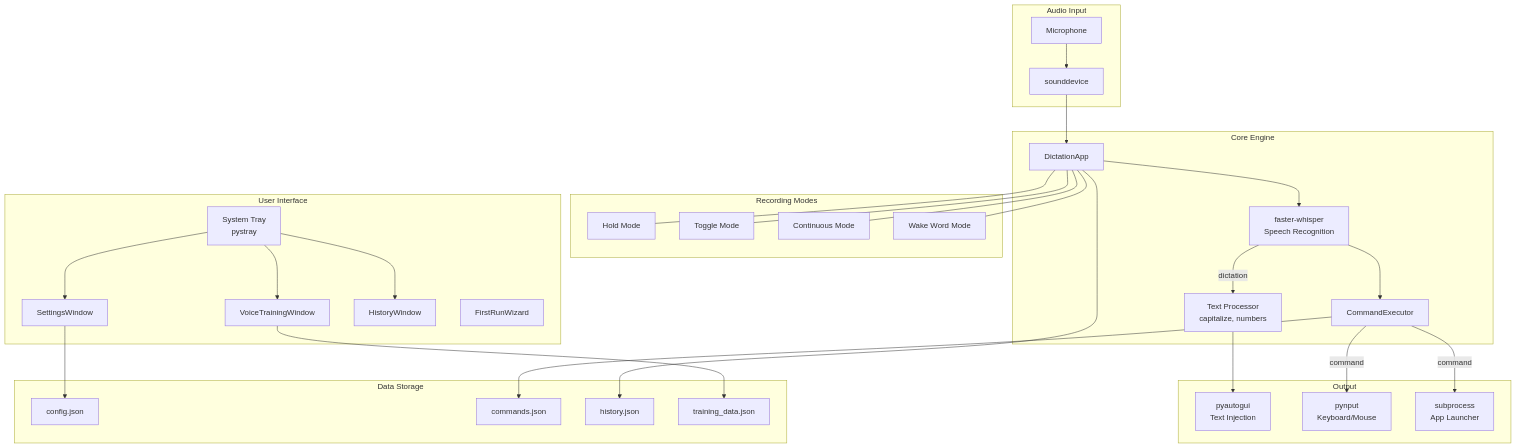
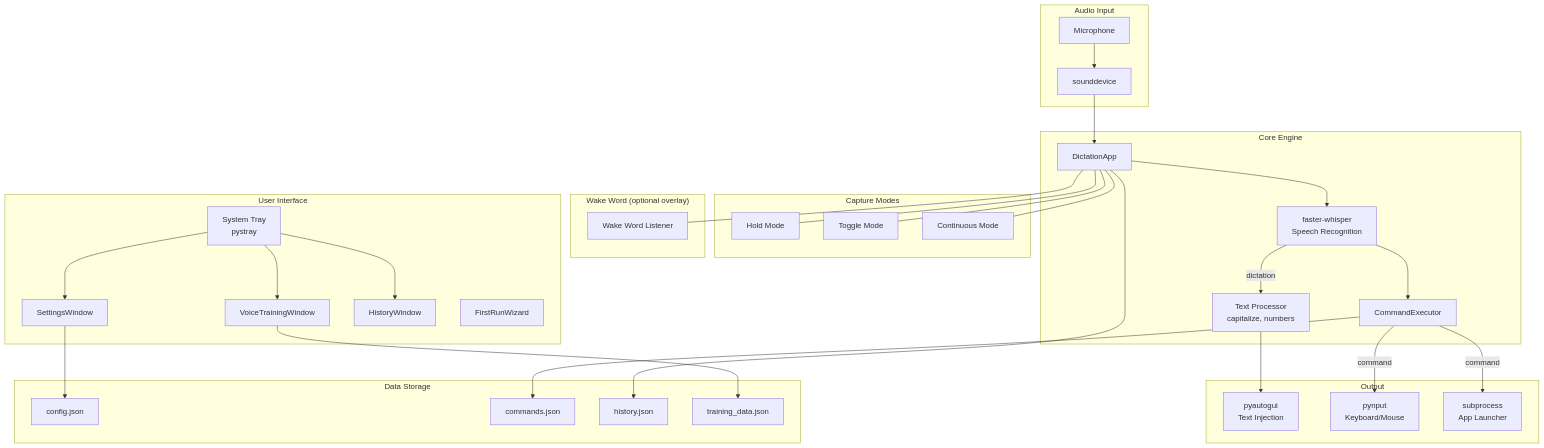
One commit to Morne-Ingstar/Samsara changed the diagram in Docs/ARCHITECTURE.md. Above: the diagram before and after it, drawn with Mermaid. The commit also changed other lines of this file and 8 other files, not shown here.

First line of the commit message:
feat(audio): dual sample rate architecture — WASAPI compatibility

````diff
--- a/Docs/ARCHITECTURE.md
+++ b/Docs/ARCHITECTURE.md
@@ -7,65 +7,68 @@
 ```mermaid
 flowchart TB
     subgraph Input["Audio Input"]
         MIC[Microphone]
         SD[sounddevice]
     end
 
     subgraph Core["Core Engine"]
         DA[DictationApp]
         WHISPER[faster-whisper<br/>Speech Recognition]
         CE[CommandExecutor]
         PROC[Text Processor<br/>capitalize, numbers]
     end
 
-    subgraph Modes["Recording Modes"]
+    subgraph Modes["Capture Modes"]
         HOLD[Hold Mode]
         TOGGLE[Toggle Mode]
         CONT[Continuous Mode]
-        WAKE[Wake Word Mode]
+    end
+
+    subgraph WakeWord["Wake Word (optional overlay)"]
+        WAKE[Wake Word Listener]
     end
 
     subgraph Output["Output"]
         PASTE[pyautogui<br/>Text Injection]
         KEYS[pynput<br/>Keyboard/Mouse]
         LAUNCH[subprocess<br/>App Launcher]
     end
 
     subgraph UI["User Interface"]
         TRAY[System Tray<br/>pystray]
         SETTINGS[SettingsWindow]
         TRAINING[VoiceTrainingWindow]
         HISTORY[HistoryWindow]
         WIZARD[FirstRunWizard]
     end
 
     subgraph Storage["Data Storage"]
         CONFIG[config.json]
         COMMANDS[commands.json]
         HIST_FILE[history.json]
         TRAINING_DATA[training_data.json]
     end
 
     MIC --> SD
     SD --> DA
     DA --> WHISPER
     WHISPER --> CE
     CE -->|command| KEYS
     CE -->|command| LAUNCH
     WHISPER -->|dictation| PROC
     PROC --> PASTE
 
     DA --- HOLD
     DA --- TOGGLE
     DA --- CONT
     DA --- WAKE
 
     TRAY --> SETTINGS
     TRAY --> TRAINING
     TRAY --> HISTORY
 
     SETTINGS --> CONFIG
     CE --> COMMANDS
     DA --> HIST_FILE
     TRAINING --> TRAINING_DATA
 ```
````
